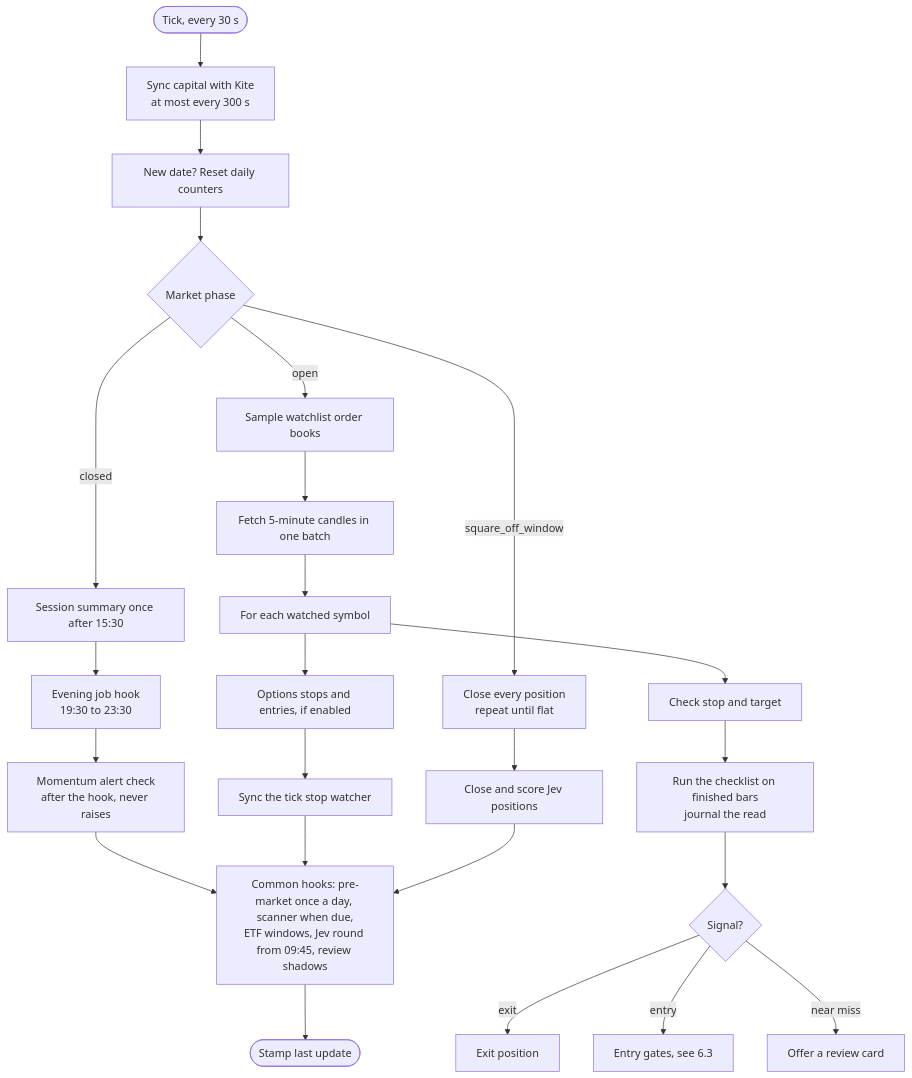
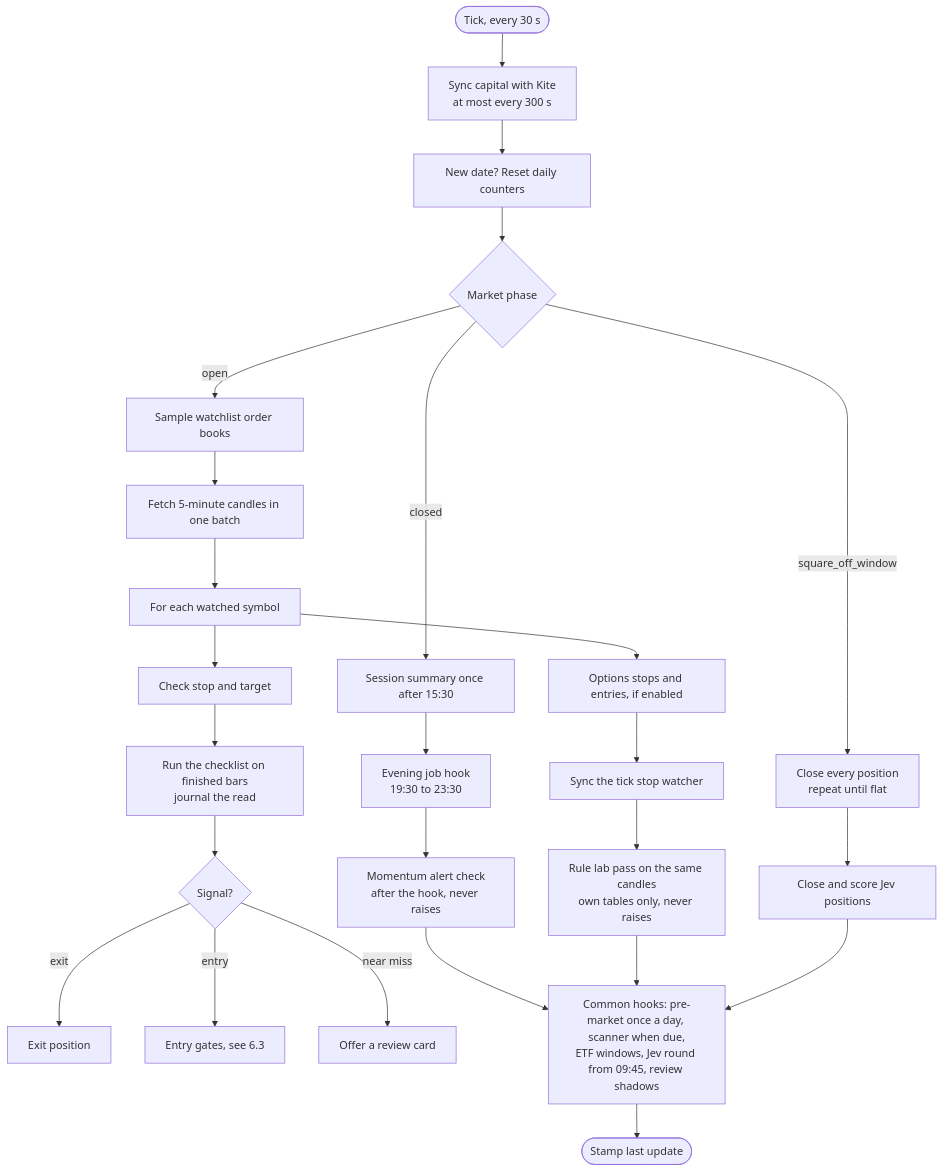
One commit to harshece16/intraday-trading-agent changed the third of 8 diagrams in docs/architecture/HLD.md. Above: the diagram before and after it, drawn with Mermaid. The commit also changed other lines of this file and 6 other files, not shown here.

First line of the commit message:
docs(research): amendment 4 to the rule-lab prereg — the two strategy catalogs as cohort 2 (87 intraday conditions), exclusions, the reserved daily cohort, shorts in the shadow lab

````diff
--- a/docs/architecture/HLD.md
+++ b/docs/architecture/HLD.md
@@ -199,26 +200,27 @@
 ```mermaid
 flowchart TD
     T(["Tick, every 30 s"]) --> Cap["Sync capital with Kite<br/>at most every 300 s"]
     Cap --> Roll["New date? Reset daily counters"]
     Roll --> Ph{"Market phase"}
     Ph -->|closed| C1["Session summary once after 15:30"]
     C1 --> C2["Evening job hook<br/>19:30 to 23:30"]
     C2 --> C3["Momentum alert check<br/>after the hook, never raises"]
     Ph -->|open| O0["Sample watchlist order books"]
     O0 --> O1["Fetch 5-minute candles in one batch"]
     O1 --> O2["For each watched symbol"]
     O2 --> O3["Check stop and target"]
     O3 --> O4["Run the checklist on finished bars<br/>journal the read"]
     O4 --> O5{"Signal?"}
     O5 -->|"exit"| X["Exit position"]
     O5 -->|"entry"| G["Entry gates, see 6.3"]
     O5 -->|"near miss"| RQ["Offer a review card"]
     O2 --> F["Options stops and entries, if enabled"]
     F --> SW["Sync the tick stop watcher"]
     Ph -->|square_off_window| S1["Close every position<br/>repeat until flat"]
     S1 --> S2["Close and score Jev positions"]
     C3 --> Com
-    SW --> Com
+    RL --> Com
     S2 --> Com
+    SW --> RL["Rule lab pass on the same candles<br/>own tables only, never raises"]
     Com["Common hooks: pre-market once a day, scanner when due,<br/>ETF windows, Jev round from 09:45, review shadows"] --> E(["Stamp last update"])
 ```
````
